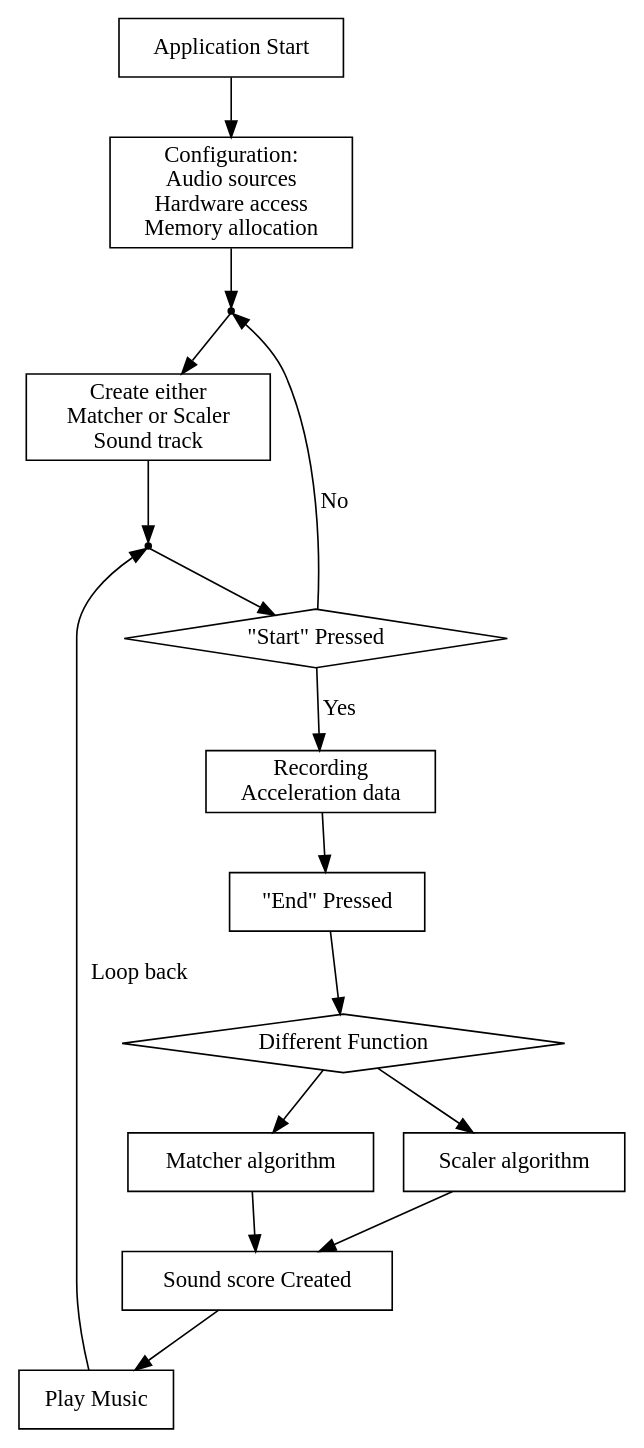
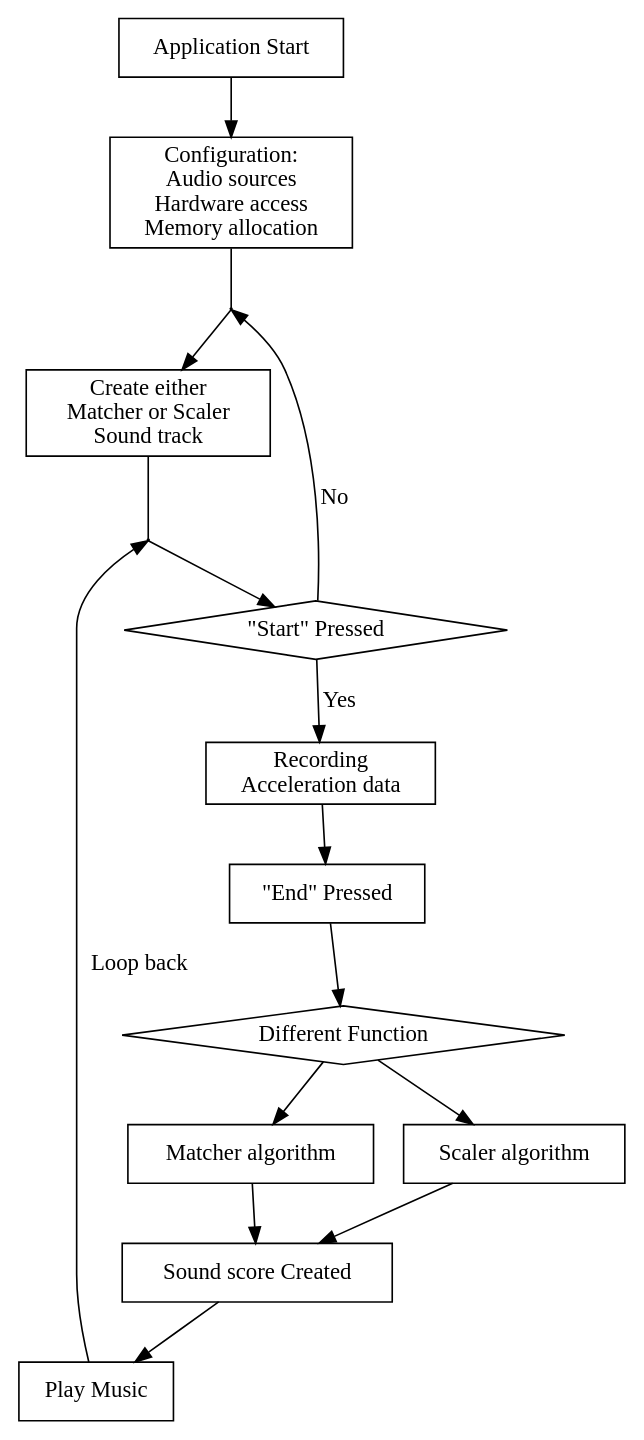
The diagram in figWR/a.dot (iamwrm/VG100_Final_Report), drawn with Graphviz before and after one commit. The commit also changed 8 other files, not shown here.

```diff
--- a/figWR/a.dot
+++ b/figWR/a.dot
@@ -1,48 +1,48 @@
 // Copyright (c) 2017 wangren
 // 
 // This software is released under the MIT License.
 // https://opensource.org/licenses/MIT
 
 
 
 digraph {
 
 // label="Flow chart of the Index Script"
 n1[label="Application Start",shape="box", style=""]
 n2[label="Configuration: \nAudio sources \nHardware access \nMemory allocation",shape="box", style=""]
-n21[label="",shape="point", style=""]
+n21[label="",shape="circle", style="",width=0.01,height=0.01]
 n3[label="Create either \nMatcher or Scaler \nSound track",shape="box", style=""]
-n31[label="",shape="point",style=""]
+n31[label="",shape=circle,style="",width=0.01,height=0.01]
 n4[label="\"Start\" Pressed",shape="diamond", style=""]
 n5[label="Recording \nAcceleration data",shape="box", style=""]
 n6[label="\"End\" Pressed",shape="box", style=""]
 n7[label="Different Function",shape="diamond", style=""]
 n8[label="Scaler algorithm",shape="box", style=""]
 n9[label="Matcher algorithm",shape="box", style=""]
 n10[label="Sound score Created",shape="box", style=""]
 n11[label="Play Music",shape="box", style=""]
 
 n1->n2
 
-n2->n21
+n2->n21[dir=none]
 n21->n3
 
-n3->n31
+n3->n31[dir=none]
 n31->n4
 
 n4->n5[label="Yes"]
 n4->n21[label="No"] 
 
 n5->n6
 n6->n7
 
 n7->n8
 n7->n9
 
 n8->n10
 n9->n10
 
 n10->n11
 n11 -> n31[label=" Loop back"]
  
 }
```
